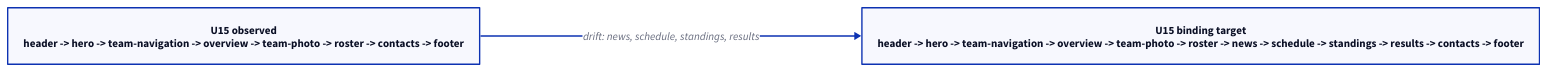
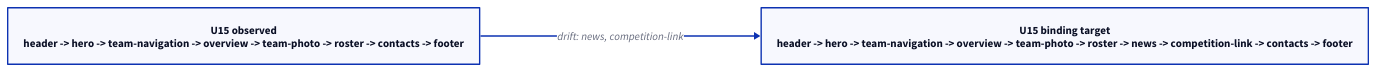
The diagram in owml/v1/generated/u15-observed-target.d2 (ESC-Geretsried/esc-digital), drawn with D2 before and after one commit. The commit also changed 33 other files, not shown here.

```diff
--- a/owml/v1/generated/u15-observed-target.d2
+++ b/owml/v1/generated/u15-observed-target.d2
@@ -1,4 +1,4 @@
 direction: right
 observed: "U15 observed\nheader -> hero -> team-navigation -> overview -> team-photo -> roster -> contacts -> footer"
-target: "U15 binding target\nheader -> hero -> team-navigation -> overview -> team-photo -> roster -> news -> schedule -> standings -> results -> contacts -> footer"
-observed -> target: "drift: news, schedule, standings, results"
+target: "U15 binding target\nheader -> hero -> team-navigation -> overview -> team-photo -> roster -> news -> competition-link -> contacts -> footer"
+observed -> target: "drift: news, competition-link"
```
